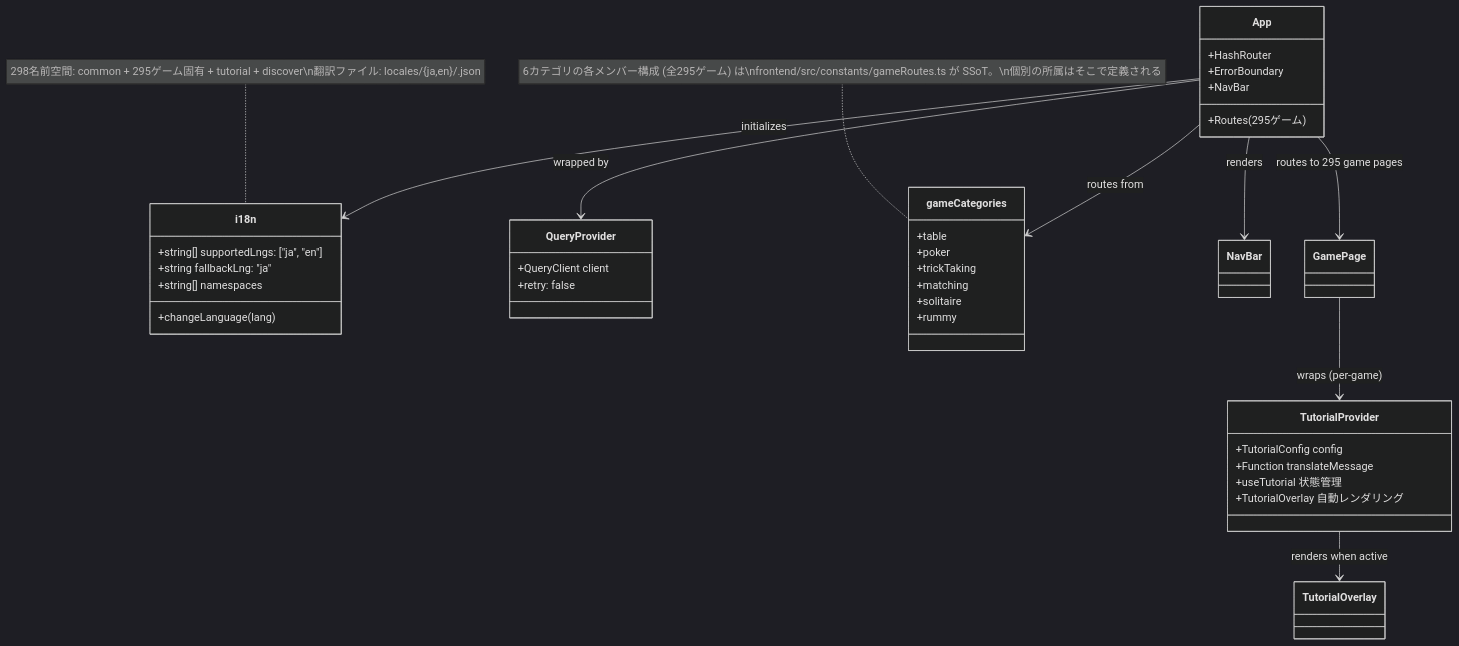
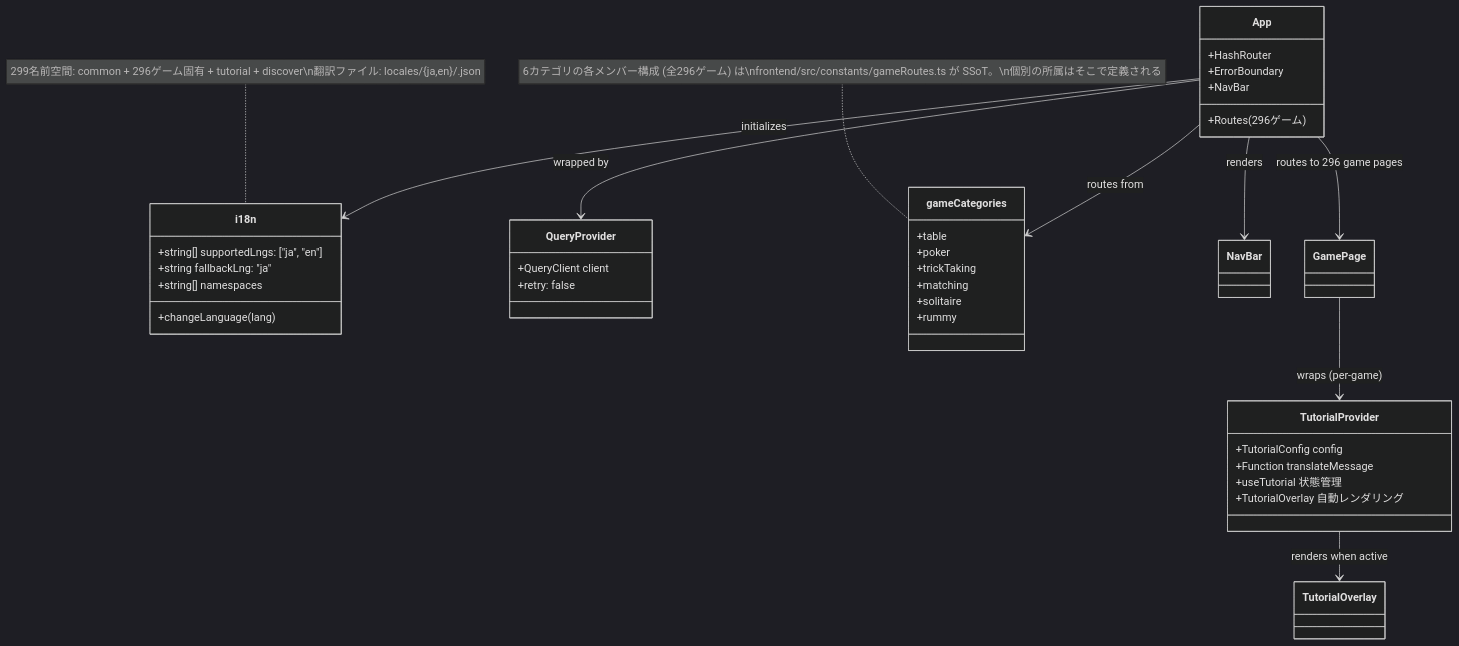
The ninth of 49 diagrams in docs/design/frontend.md (yuta-yoshinaga/go_trumpcards), drawn with Mermaid (dark theme) before and after one commit. The commit also changed other lines of this file and 61 other files, not shown here.

````diff
--- a/docs/design/frontend.md
+++ b/docs/design/frontend.md
@@ -1869,48 +1869,48 @@
 ```mermaid
 classDiagram
     class i18n {
         +string[] supportedLngs: ["ja", "en"]
         +string fallbackLng: "ja"
         +string[] namespaces
         +changeLanguage(lang)
     }
 
     class QueryProvider {
         +QueryClient client
         +retry: false
     }
 
     class App {
         +HashRouter
         +ErrorBoundary
         +NavBar
-        +Routes (295ゲーム)
+        +Routes (296ゲーム)
     }
 
     class gameCategories {
         +table
         +poker
         +trickTaking
         +matching
         +solitaire
         +rummy
     }
-    note for gameCategories "6カテゴリの各メンバー構成 (全295ゲーム) は\nfrontend/src/constants/gameRoutes.ts が SSoT。\n個別の所属はそこで定義される"
+    note for gameCategories "6カテゴリの各メンバー構成 (全296ゲーム) は\nfrontend/src/constants/gameRoutes.ts が SSoT。\n個別の所属はそこで定義される"
 
     class TutorialProvider {
         +TutorialConfig config
         +Function translateMessage
         +useTutorial 状態管理
         +TutorialOverlay 自動レンダリング
     }
 
     App --> QueryProvider : wrapped by
     App --> i18n : initializes
     App --> gameCategories : routes from
     App --> NavBar : renders
-    App --> GamePage : routes to 295 game pages
+    App --> GamePage : routes to 296 game pages
     GamePage --> TutorialProvider : wraps (per-game)
     TutorialProvider --> TutorialOverlay : renders when active
 
-    note for i18n "298名前空間: common + 295ゲーム固有 + tutorial + discover\n翻訳ファイル: locales/{ja,en}/<game>.json"
+    note for i18n "299名前空間: common + 296ゲーム固有 + tutorial + discover\n翻訳ファイル: locales/{ja,en}/<game>.json"
 ```
````
